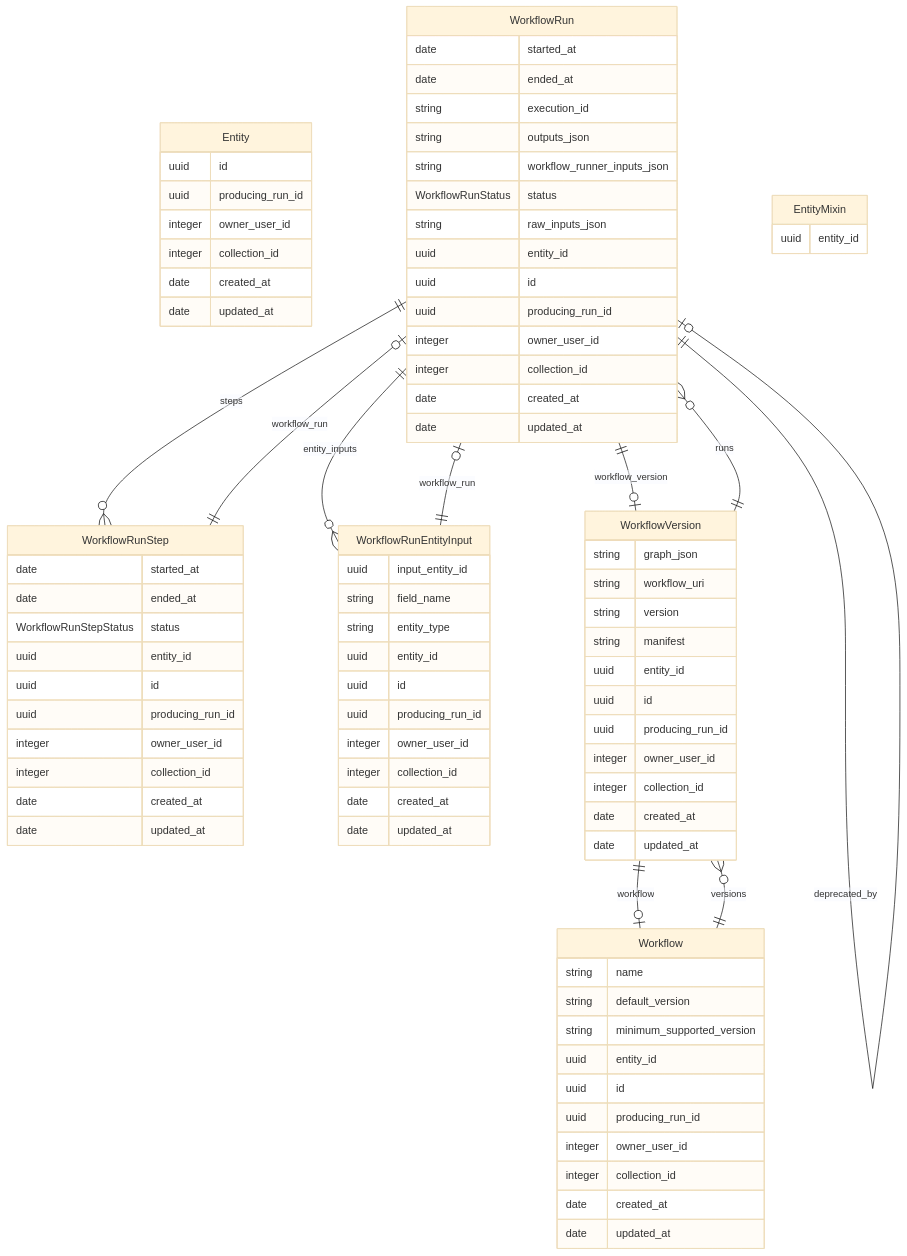
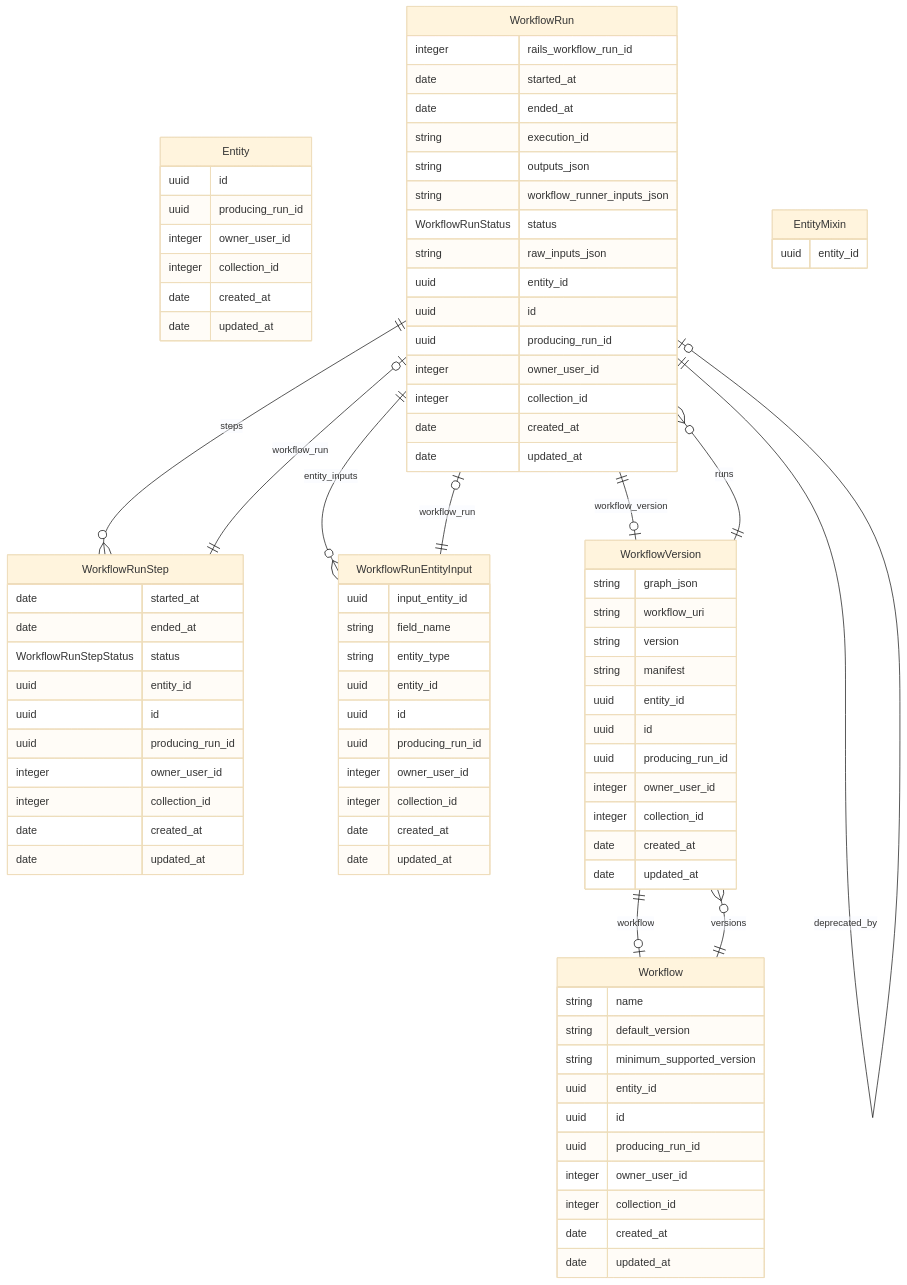
The diagram in workflows/schema/README.md (chanzuckerberg/czid-platformics), drawn with Mermaid (base theme) before and after one commit. The commit also changed 13 other files, not shown here.

```diff
--- a/workflows/schema/README.md
+++ b/workflows/schema/README.md
@@ -9,6 +9,7 @@
     date updated_at  
 }
 WorkflowRun {
+    integer rails_workflow_run_id  
     date started_at  
     date ended_at  
     string execution_id  
```
